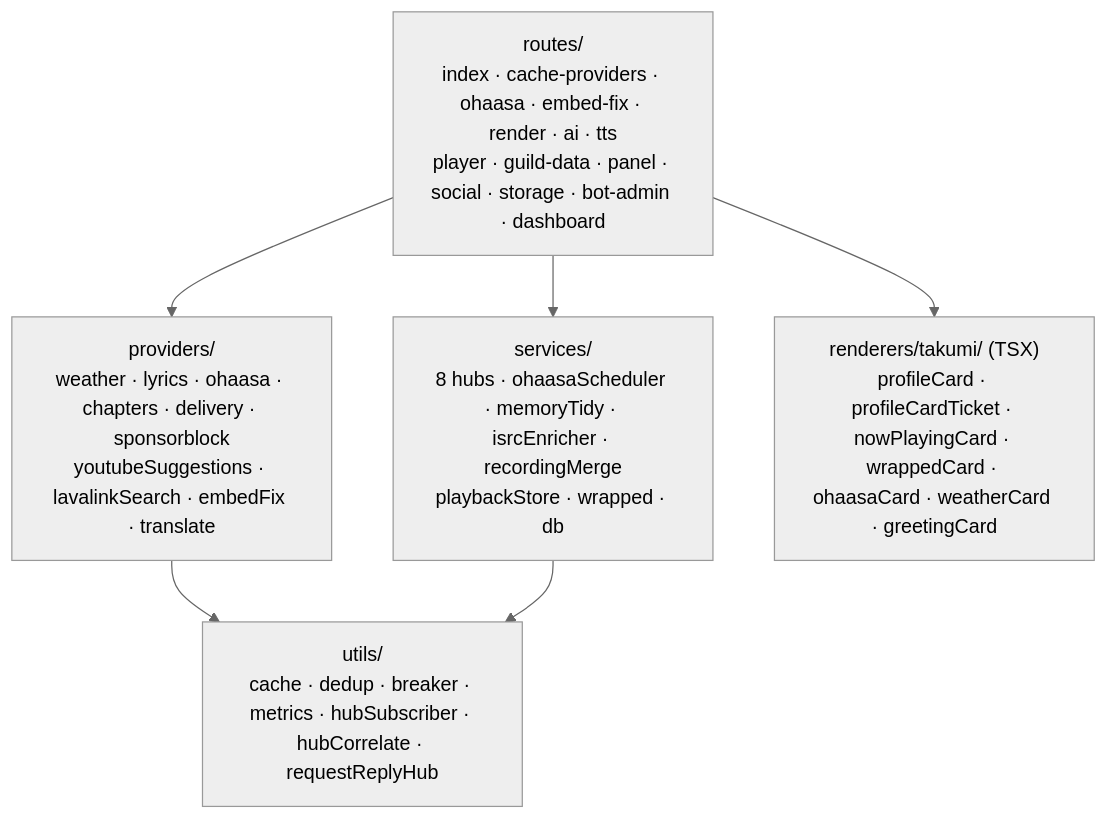
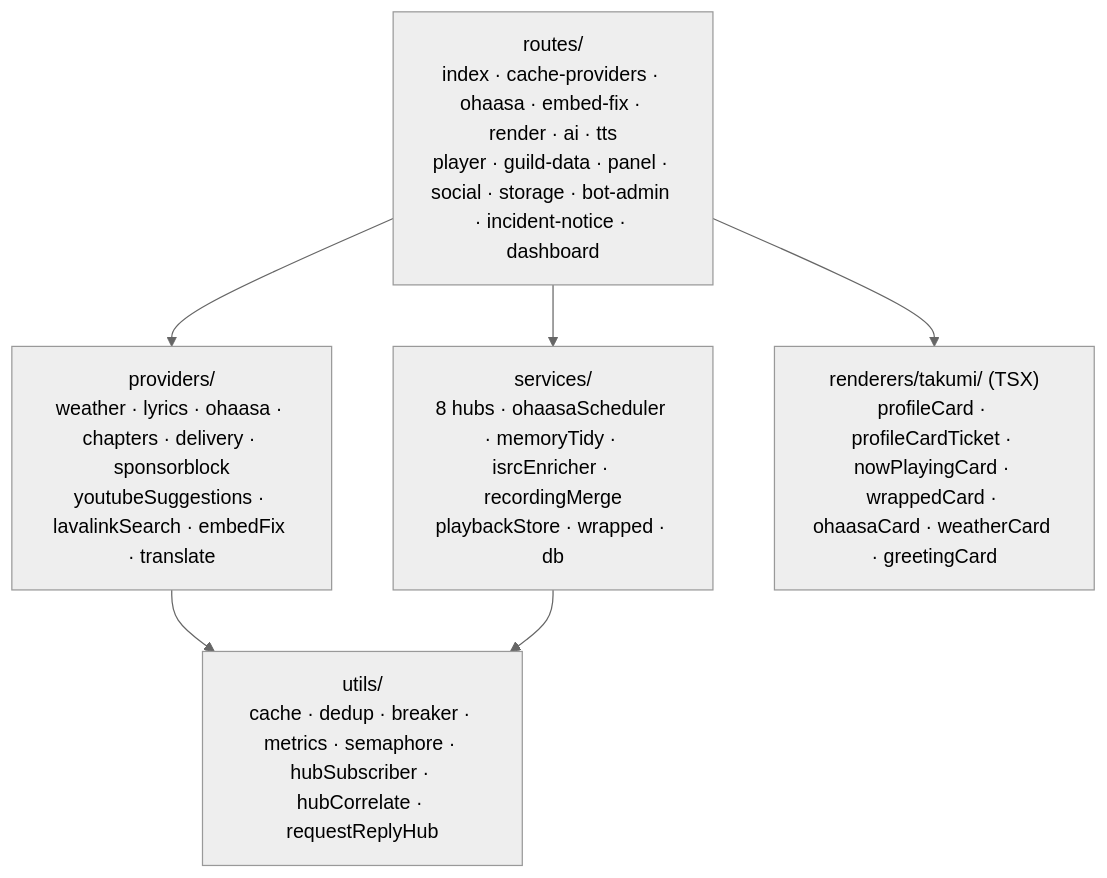
The third of 10 diagrams in docs/architecture.md (mochilabs/SiruBOT), drawn with Mermaid (neutral theme) before and after one commit. The commit also changed other lines of this file and 5 other files, not shown here.

````diff
--- a/docs/architecture.md
+++ b/docs/architecture.md
@@ -217,8 +217,8 @@
 ```mermaid
 graph TB
-    R1["routes/<br/>index · cache-providers · ohaasa · embed-fix · render · ai · tts<br/>player · guild-data · panel · social · storage · bot-admin · dashboard"] --> P["providers/<br/>weather · lyrics · ohaasa · chapters · delivery · sponsorblock<br/>youtubeSuggestions · lavalinkSearch · embedFix · translate"]
+    R1["routes/<br/>index · cache-providers · ohaasa · embed-fix · render · ai · tts<br/>player · guild-data · panel · social · storage · bot-admin · incident-notice · dashboard"] --> P["providers/<br/>weather · lyrics · ohaasa · chapters · delivery · sponsorblock<br/>youtubeSuggestions · lavalinkSearch · embedFix · translate"]
     R1 --> S["services/<br/>8 hubs · ohaasaScheduler · memoryTidy · isrcEnricher · recordingMerge<br/>playbackStore · wrapped · db"]
     R1 --> RD["renderers/takumi/ (TSX)<br/>profileCard · profileCardTicket · nowPlayingCard · wrappedCard · ohaasaCard · weatherCard · greetingCard"]
-    P --> U["utils/<br/>cache · dedup · breaker · metrics · hubSubscriber · hubCorrelate · requestReplyHub"]
+    P --> U["utils/<br/>cache · dedup · breaker · metrics · semaphore · hubSubscriber · hubCorrelate · requestReplyHub"]
     S --> U
 ```
````
